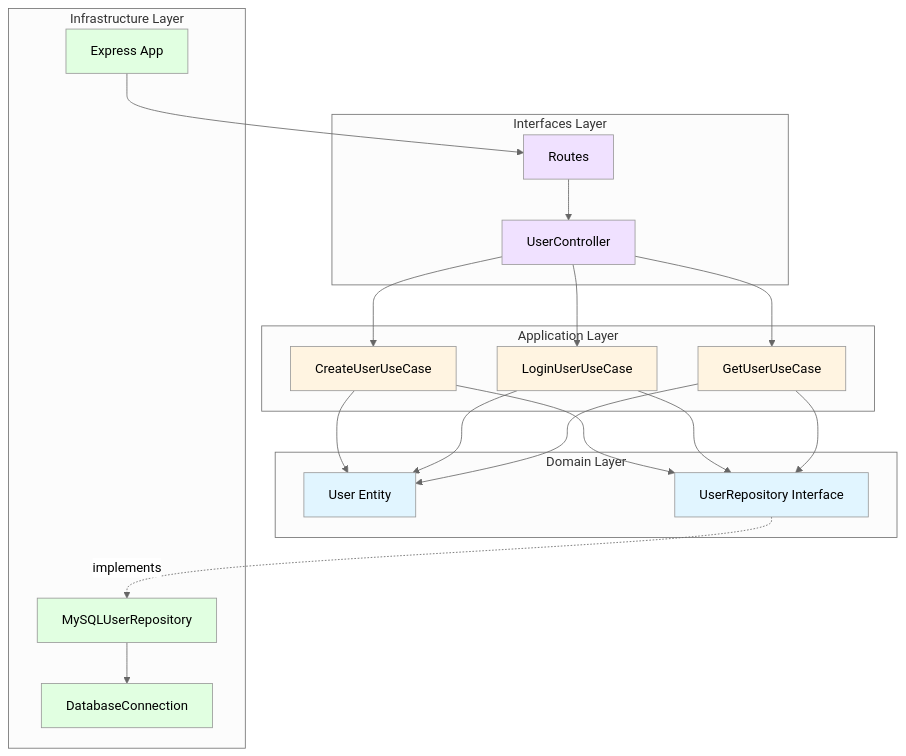
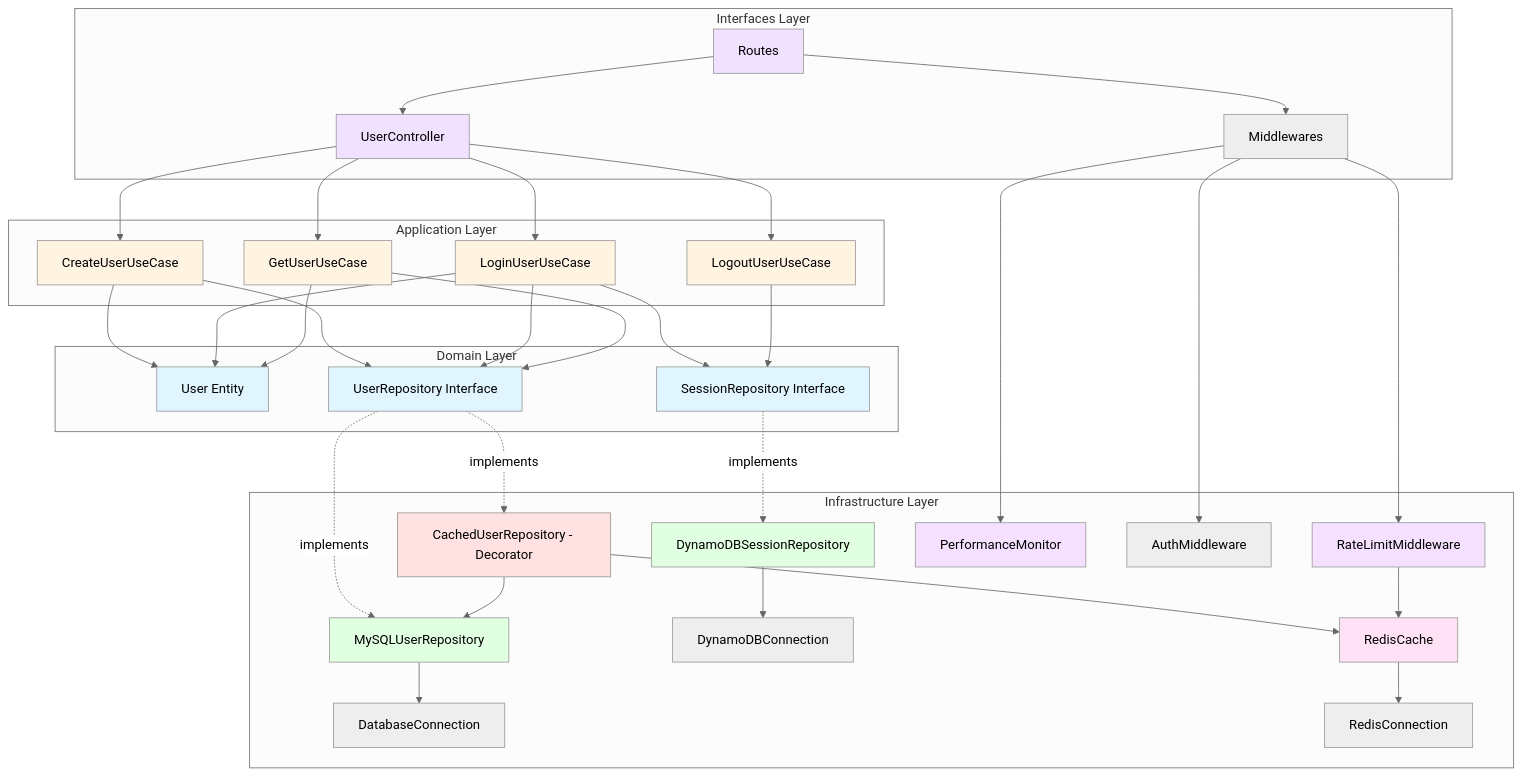
One commit to maximopeoficiales/node-ts-mysql-debug-template changed the first of 15 diagrams in ARCHITECTURE.md. Above: the diagram before and after it, drawn with Mermaid (neutral theme). The commit also changed other lines of this file and 19 other files, not shown here.

First line of the commit message:
feat: Implement rate limiting middleware with Redis caching

````diff
--- a/ARCHITECTURE.md
+++ b/ARCHITECTURE.md
@@ -56,49 +76,81 @@
 ```mermaid
 graph TB
     subgraph "Interfaces Layer"
         A[UserController]
         B[Routes]
+        C[Middlewares]
     end
 
     subgraph "Application Layer"
-        C[CreateUserUseCase]
-        D[LoginUserUseCase]
-        E[GetUserUseCase]
+        D[CreateUserUseCase]
+        E[LoginUserUseCase]
+        F[GetUserUseCase]
+        G[LogoutUserUseCase]
     end
 
     subgraph "Domain Layer"
-        F[User Entity]
-        G[UserRepository Interface]
+        H[User Entity]
+        I[UserRepository Interface]
+        J[SessionRepository Interface]
     end
 
     subgraph "Infrastructure Layer"
-        H[MySQLUserRepository]
-        I[DatabaseConnection]
-        J[Express App]
+        K[CachedUserRepository - Decorator]
+        L[MySQLUserRepository]
+        M[DynamoDBSessionRepository]
+        N[DatabaseConnection]
+        O[DynamoDBConnection]
+        P[RedisConnection]
+        Q[RedisCache]
+        R[RateLimitMiddleware]
+        S[PerformanceMonitor]
+        T[AuthMiddleware]
     end
 
-    A --> C
     A --> D
     A --> E
+    A --> F
+    A --> G
     B --> A
-    C --> G
-    D --> G
-    E --> G
-    G -.implements.-> H
-    H --> I
-    C --> F
-    D --> F
-    E --> F
-    J --> B
+    B --> C
+    C --> R
+    C --> S
+    C --> T
 
-    style F fill:#e1f5ff
-    style G fill:#e1f5ff
-    style C fill:#fff4e1
+    D --> I
+    E --> I
+    E --> J
+    F --> I
+    G --> J
+
+    I -.implements.-> K
+    I -.implements.-> L
+    J -.implements.-> M
+
+    K --> L
+    K --> Q
+    L --> N
+    M --> O
+    Q --> P
+    R --> Q
+
+    D --> H
+    E --> H
+    F --> H
+
+    style H fill:#e1f5ff
+    style I fill:#e1f5ff
+    style J fill:#e1f5ff
     style D fill:#fff4e1
     style E fill:#fff4e1
+    style F fill:#fff4e1
+    style G fill:#fff4e1
     style A fill:#f0e1ff
     style B fill:#f0e1ff
-    style H fill:#e1ffe1
-    style I fill:#e1ffe1
-    style J fill:#e1ffe1
+    style K fill:#ffe1e1
+    style L fill:#e1ffe1
+    style M fill:#e1ffe1
+    style Q fill:#ffe1f5
+    style R fill:#f5e1ff
+    style S fill:#f5e1ff
 ```
````
